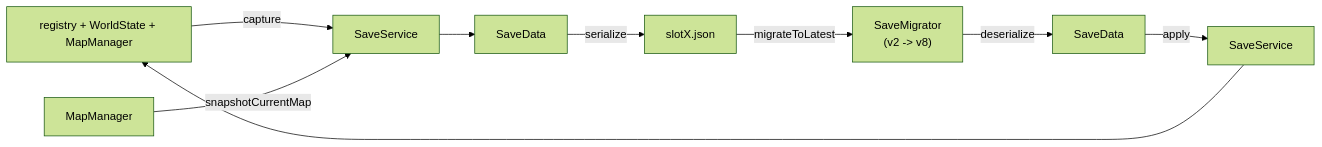
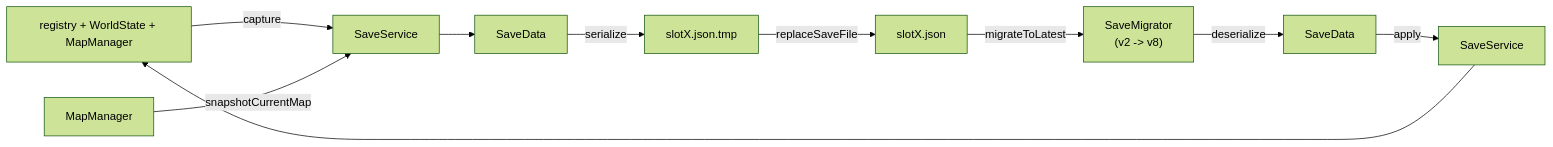
One commit to WispSnow/TinyFarmRPG changed the second of 2 diagrams in docs/game/save_and_flow.md. Above: the diagram before and after it, drawn with Mermaid (forest theme). The commit also changed other lines of this file and 15 other files, not shown here.

````diff
--- a/docs/game/save_and_flow.md
+++ b/docs/game/save_and_flow.md
@@ -27,16 +27,17 @@
 ```mermaid
 flowchart LR
   %% Save path
   World["registry + WorldState + MapManager"] -->|capture| SaveSvcSave["SaveService"]
   SaveSvcSave --> SaveData["SaveData"]
-  SaveData -->|serialize| JSON["slotX.json"]
+  SaveData -->|serialize| Tmp["slotX.json.tmp"]
+  Tmp -->|replaceSaveFile| JSON["slotX.json"]
 
   %% Load path
   JSON -->|migrateToLatest| Migrator["SaveMigrator<br/>(v2 -> v8)"]
   Migrator -->|deserialize| SaveData2["SaveData"]
   SaveData2 -->|apply| SaveSvcLoad["SaveService"]
   SaveSvcLoad --> World
 
   %% Invariant
   MapMgr["MapManager"] -->|snapshotCurrentMap| SaveSvcSave
 ```
````
